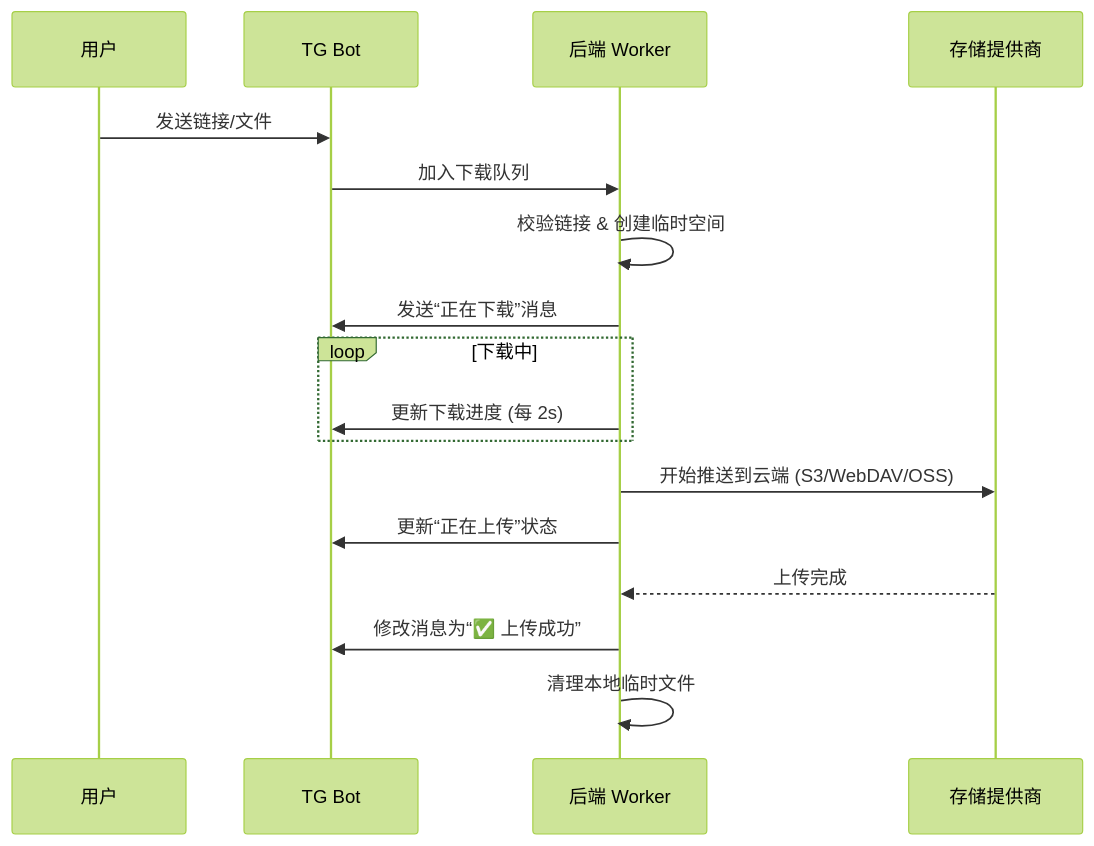
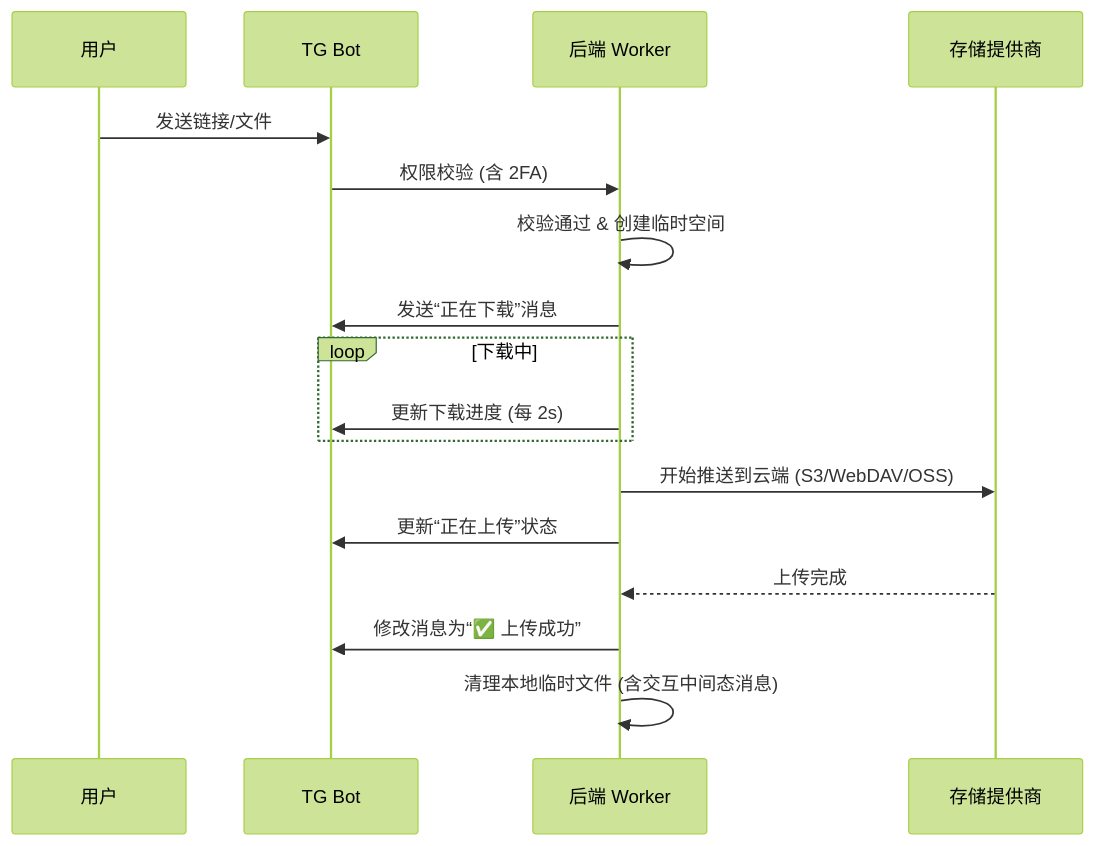
The diagram in bot_logic.md (nccttc/FoomClous), drawn with Mermaid (forest theme) before and after one commit. The commit also changed other lines of this file and 44108 other files, not shown here.

````diff
--- a/bot_logic.md
+++ b/bot_logic.md
@@ -9,20 +9,20 @@
 ```mermaid
 sequenceDiagram
     participant User as 用户
     participant Bot as TG Bot
     participant Worker as 后端 Worker
     participant Storage as 存储提供商
 
     User->>Bot: 发送链接/文件
-    Bot->>Worker: 加入下载队列
-    Worker->>Worker: 校验链接 & 创建临时空间
+    Bot->>Worker: 权限校验 (含 2FA)
+    Worker->>Worker: 校验通过 & 创建临时空间
     Worker->>Bot: 发送“正在下载”消息
     loop 下载中
         Worker->>Bot: 更新下载进度 (每 2s)
     end
     Worker->>Storage: 开始推送到云端 (S3/WebDAV/OSS)
     Worker->>Bot: 更新“正在上传”状态
     Storage-->>Worker: 上传完成
     Worker->>Bot: 修改消息为“✅ 上传成功”
-    Worker->>Worker: 清理本地临时文件
+    Worker->>Worker: 清理本地临时文件 (含交互中间态消息)
 ```
````
